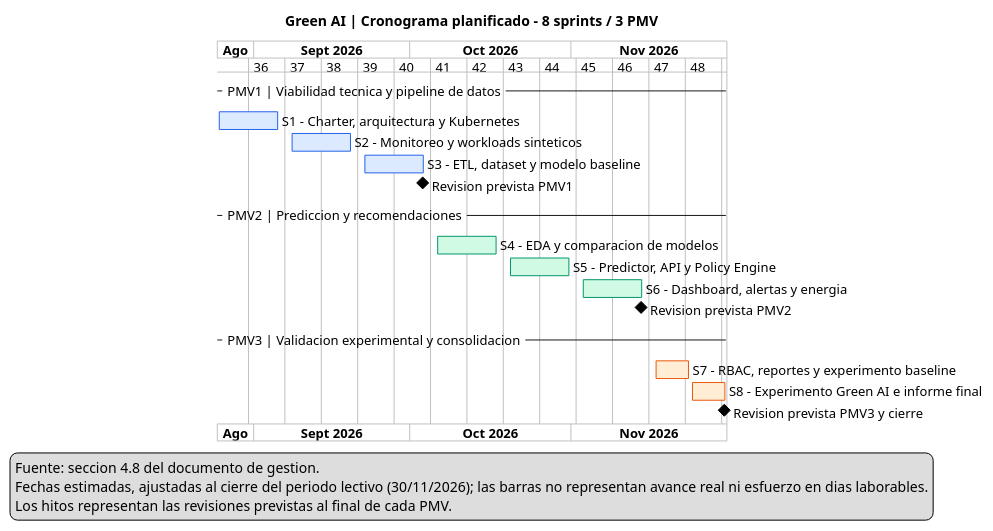
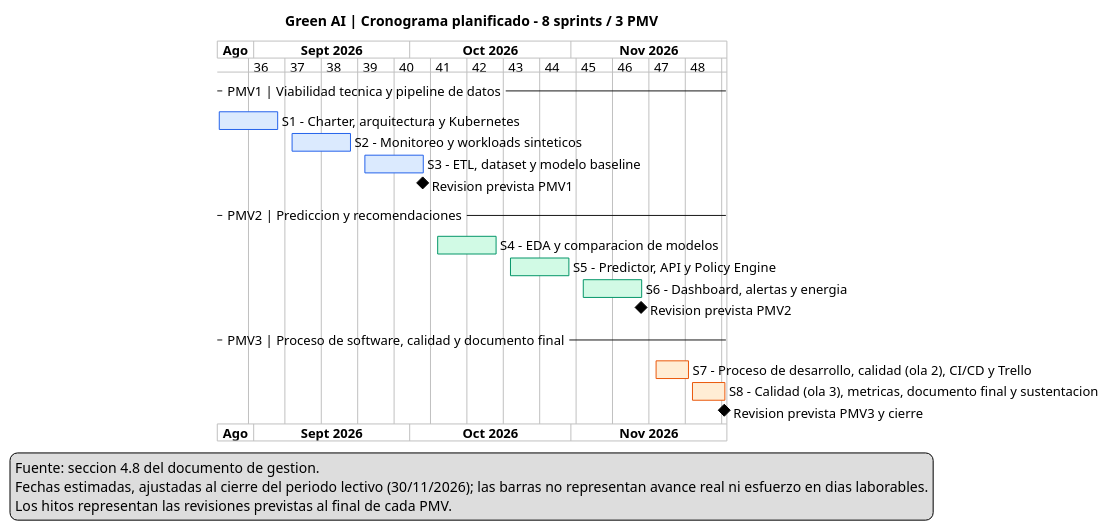
The diagram in entregables/informe-corregido/fuentes/cronograma-planificado.puml (woshtsu/green-ai-workspace-cld), drawn with PlantUML before and after one commit. The commit also changed 9 other files, not shown here.

Commit message:
docs(informe): PMV3 orientado a procesos, árbol de problemas (revisión de Dina) y Anexo C

```diff
--- a/entregables/informe-corregido/fuentes/cronograma-planificado.puml
+++ b/entregables/informe-corregido/fuentes/cronograma-planificado.puml
@@ -1,35 +1,35 @@
 @startgantt
 title Green AI | Cronograma planificado - 8 sprints / 3 PMV
 Project starts 2026-08-25
 printscale weekly
 language es
 skinparam defaultFontName Arial
 skinparam defaultFontSize 13
 -- PMV1 | Viabilidad tecnica y pipeline de datos --
 [S1 - Charter, arquitectura y Kubernetes] starts 2026-08-25 and ends 2026-09-05
 [S2 - Monitoreo y workloads sinteticos] starts 2026-09-08 and ends 2026-09-19
 [S3 - ETL, dataset y modelo baseline] starts 2026-09-22 and ends 2026-10-03
 [S1 - Charter, arquitectura y Kubernetes] is colored in #DBEAFE/#2563EB
 [S2 - Monitoreo y workloads sinteticos] is colored in #DBEAFE/#2563EB
 [S3 - ETL, dataset y modelo baseline] is colored in #DBEAFE/#2563EB
 [Revision prevista PMV1] happens 2026-10-03
 -- PMV2 | Prediccion y recomendaciones --
 [S4 - EDA y comparacion de modelos] starts 2026-10-06 and ends 2026-10-17
 [S5 - Predictor, API y Policy Engine] starts 2026-10-20 and ends 2026-10-31
 [S6 - Dashboard, alertas y energia] starts 2026-11-03 and ends 2026-11-14
 [S4 - EDA y comparacion de modelos] is colored in #D1FAE5/#059669
 [S5 - Predictor, API y Policy Engine] is colored in #D1FAE5/#059669
 [S6 - Dashboard, alertas y energia] is colored in #D1FAE5/#059669
 [Revision prevista PMV2] happens 2026-11-14
--- PMV3 | Validacion experimental y consolidacion --
-[S7 - RBAC, reportes y experimento baseline] starts 2026-11-17 and ends 2026-11-23
-[S8 - Experimento Green AI e informe final] starts 2026-11-24 and ends 2026-11-30
-[S7 - RBAC, reportes y experimento baseline] is colored in #FFEDD5/#EA580C
-[S8 - Experimento Green AI e informe final] is colored in #FFEDD5/#EA580C
+-- PMV3 | Proceso de software, calidad y documento final --
+[S7 - Proceso de desarrollo, calidad (ola 2), CI/CD y Trello] starts 2026-11-17 and ends 2026-11-23
+[S8 - Calidad (ola 3), metricas, documento final y sustentacion] starts 2026-11-24 and ends 2026-11-30
+[S7 - Proceso de desarrollo, calidad (ola 2), CI/CD y Trello] is colored in #FFEDD5/#EA580C
+[S8 - Calidad (ola 3), metricas, documento final y sustentacion] is colored in #FFEDD5/#EA580C
 [Revision prevista PMV3 y cierre] happens 2026-11-30
 legend bottom
   Fuente: seccion 4.8 del documento de gestion.
   Fechas estimadas, ajustadas al cierre del periodo lectivo (30/11/2026); las barras no representan avance real ni esfuerzo en dias laborables.
   Los hitos representan las revisiones previstas al final de cada PMV.
 endlegend
 @endgantt
```
